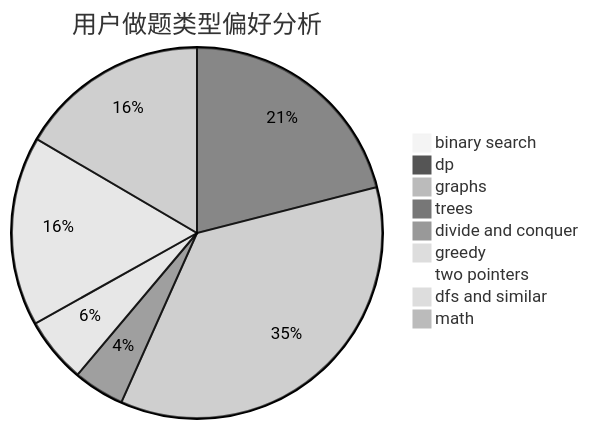
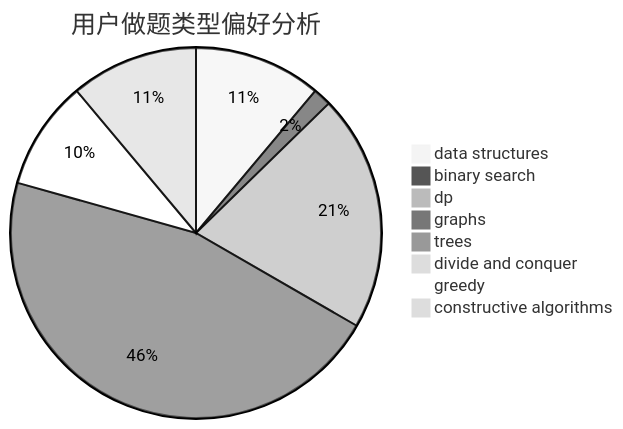
One commit to sherpahu/cfrs.github.io changed the second of 3 diagrams in docs/user/u36.md. Above: the diagram before and after it, drawn with Mermaid (neutral theme). The commit also changed other lines of this file and 2775 other files, not shown here.

````diff
--- a/docs/user/u36.md
+++ b/docs/user/u36.md
@@ -23,12 +23,11 @@
 ```mermaid
 pie title 用户做题类型偏好分析
+    "data structures" :  7
     "binary search" :  1
-    "dp" :  33
-    "graphs" :  56
-    "trees" :  7
+    "dp" :  13
+    "graphs" :  29
+    "trees" :  0
     "divide and conquer" :  0
-    "greedy" :  9
-    "two pointers" :  1
-    "dfs and similar" :  26
-    "math" :  26
+    "greedy" :  6
+    "constructive algorithms" :  7
 ```
````
